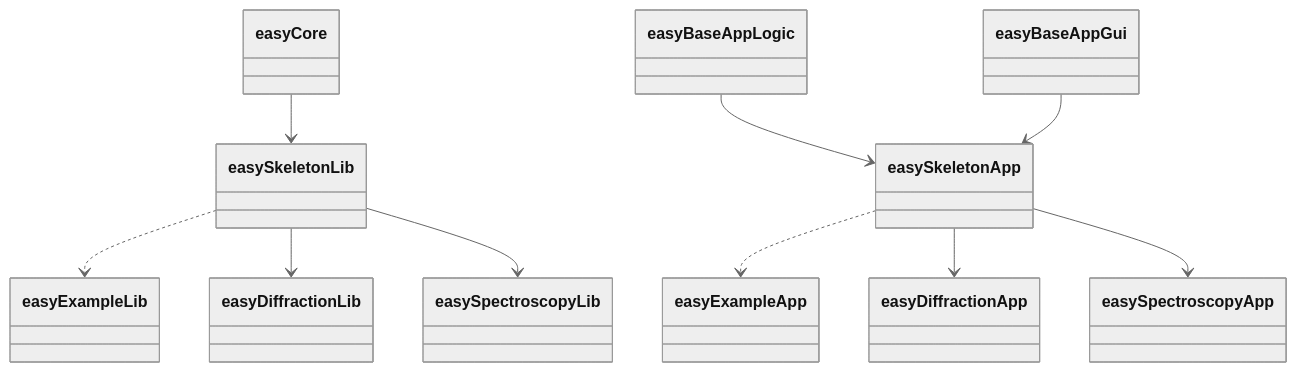
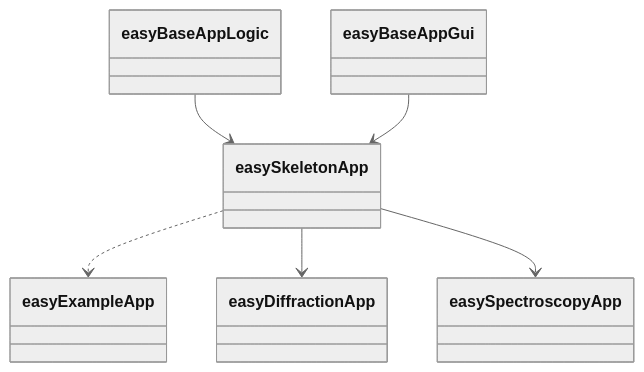
One commit to easyScience/easyScience changed the third of 5 diagrams in easyScience.md. Above: the diagram before and after it, drawn with Mermaid (neutral theme). The commit also changed other lines of this file, not shown here.

````diff
--- a/easyScience.md
+++ b/easyScience.md
@@ -23,18 +34,9 @@
 ```mermaid
 classDiagram
-
-easyCore --> easySkeletonLib
-easySkeletonLib ..> easyExampleLib
-easySkeletonLib --> easyDiffractionLib
-easySkeletonLib --> easySpectroscopyLib
 
 easyBaseAppLogic --> easySkeletonApp
 easyBaseAppGui --> easySkeletonApp
 easySkeletonApp ..> easyExampleApp
 easySkeletonApp --> easyDiffractionApp
 easySkeletonApp --> easySpectroscopyApp
-
-%%easyExampleLib --> easyExampleApp
-%%easyDiffractionLib --> easyDiffractionApp
-%%%easySpectroscopyLib --> easySpectroscopyApp
 ```
````
